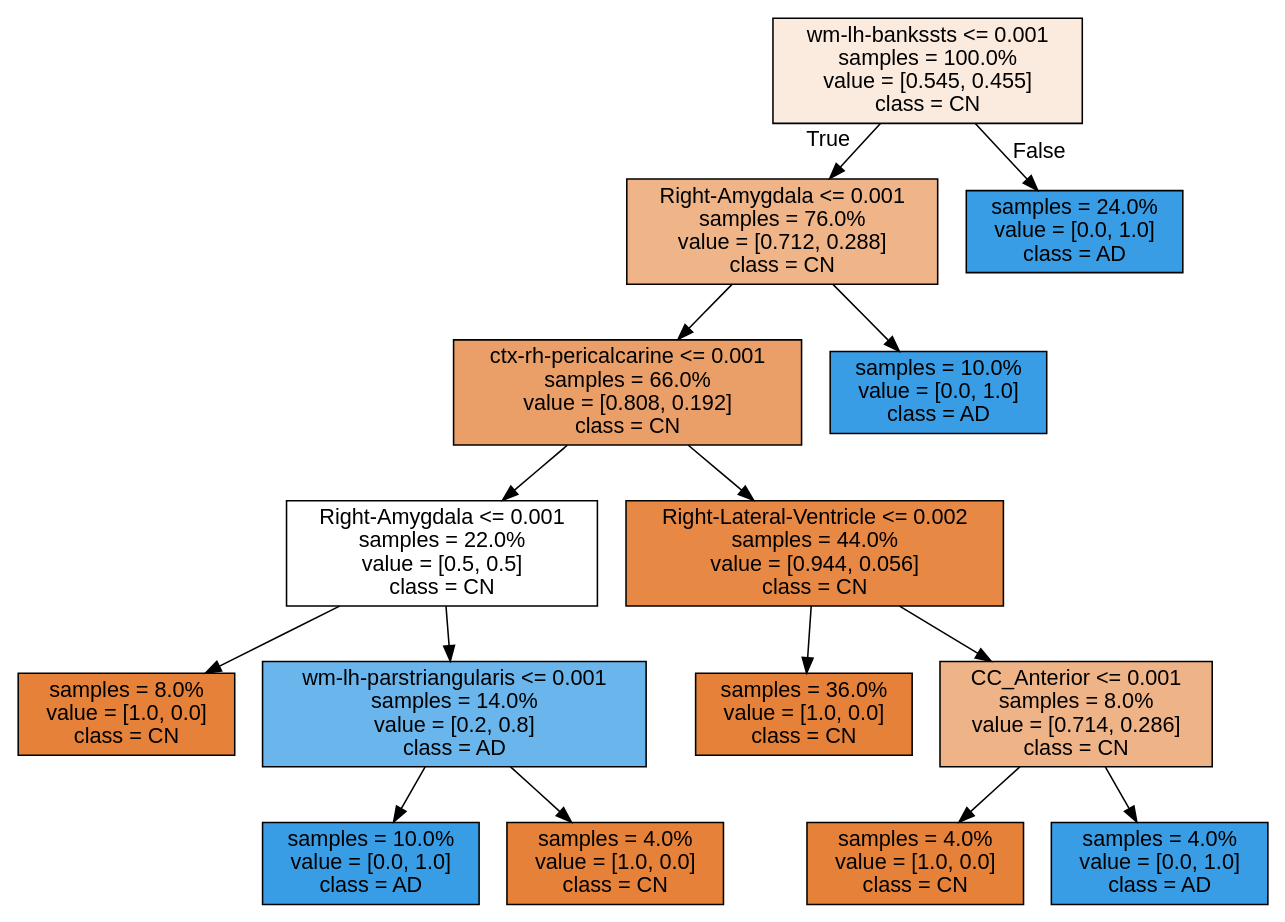
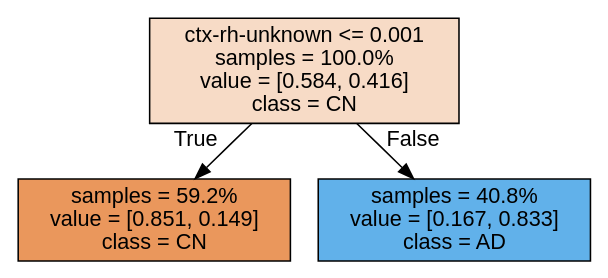
The diagram in Source.gv (francescouni0/CompProject), drawn with Graphviz before and after one commit. The commit also changed 8 other files, not shown here.

```diff
--- a/Source.gv
+++ b/Source.gv
@@ -1,33 +1,9 @@
 digraph Tree {
 node [shape=box, style="filled", color="black", fontname="helvetica"] ;
 edge [fontname="helvetica"] ;
-0 [label="wm-lh-bankssts <= 0.001\nsamples = 100.0%\nvalue = [0.545, 0.455]\nclass = CN", fillcolor="#fbeade"] ;
-1 [label="Right-Amygdala <= 0.001\nsamples = 76.0%\nvalue = [0.712, 0.288]\nclass = CN", fillcolor="#f0b489"] ;
+0 [label="ctx-rh-unknown <= 0.001\nsamples = 100.0%\nvalue = [0.584, 0.416]\nclass = CN", fillcolor="#f7dbc6"] ;
+1 [label="samples = 59.2%\nvalue = [0.851, 0.149]\nclass = CN", fillcolor="#ea975c"] ;
 0 -> 1 [labeldistance=2.5, labelangle=45, headlabel="True"] ;
-2 [label="ctx-rh-pericalcarine <= 0.001\nsamples = 66.0%\nvalue = [0.808, 0.192]\nclass = CN", fillcolor="#eb9f68"] ;
-1 -> 2 ;
-3 [label="Right-Amygdala <= 0.001\nsamples = 22.0%\nvalue = [0.5, 0.5]\nclass = CN", fillcolor="#ffffff"] ;
-2 -> 3 ;
-4 [label="samples = 8.0%\nvalue = [1.0, 0.0]\nclass = CN", fillcolor="#e58139"] ;
-3 -> 4 ;
-5 [label="wm-lh-parstriangularis <= 0.001\nsamples = 14.0%\nvalue = [0.2, 0.8]\nclass = AD", fillcolor="#6ab6ec"] ;
-3 -> 5 ;
-6 [label="samples = 10.0%\nvalue = [0.0, 1.0]\nclass = AD", fillcolor="#399de5"] ;
-5 -> 6 ;
-7 [label="samples = 4.0%\nvalue = [1.0, 0.0]\nclass = CN", fillcolor="#e58139"] ;
-5 -> 7 ;
-8 [label="Right-Lateral-Ventricle <= 0.002\nsamples = 44.0%\nvalue = [0.944, 0.056]\nclass = CN", fillcolor="#e78845"] ;
-2 -> 8 ;
-9 [label="samples = 36.0%\nvalue = [1.0, 0.0]\nclass = CN", fillcolor="#e58139"] ;
-8 -> 9 ;
-10 [label="CC_Anterior <= 0.001\nsamples = 8.0%\nvalue = [0.714, 0.286]\nclass = CN", fillcolor="#efb388"] ;
-8 -> 10 ;
-11 [label="samples = 4.0%\nvalue = [1.0, 0.0]\nclass = CN", fillcolor="#e58139"] ;
-10 -> 11 ;
-12 [label="samples = 4.0%\nvalue = [0.0, 1.0]\nclass = AD", fillcolor="#399de5"] ;
-10 -> 12 ;
-13 [label="samples = 10.0%\nvalue = [0.0, 1.0]\nclass = AD", fillcolor="#399de5"] ;
-1 -> 13 ;
-14 [label="samples = 24.0%\nvalue = [0.0, 1.0]\nclass = AD", fillcolor="#399de5"] ;
-0 -> 14 [labeldistance=2.5, labelangle=-45, headlabel="False"] ;
+2 [label="samples = 40.8%\nvalue = [0.167, 0.833]\nclass = AD", fillcolor="#61b1ea"] ;
+0 -> 2 [labeldistance=2.5, labelangle=-45, headlabel="False"] ;
 }
```
